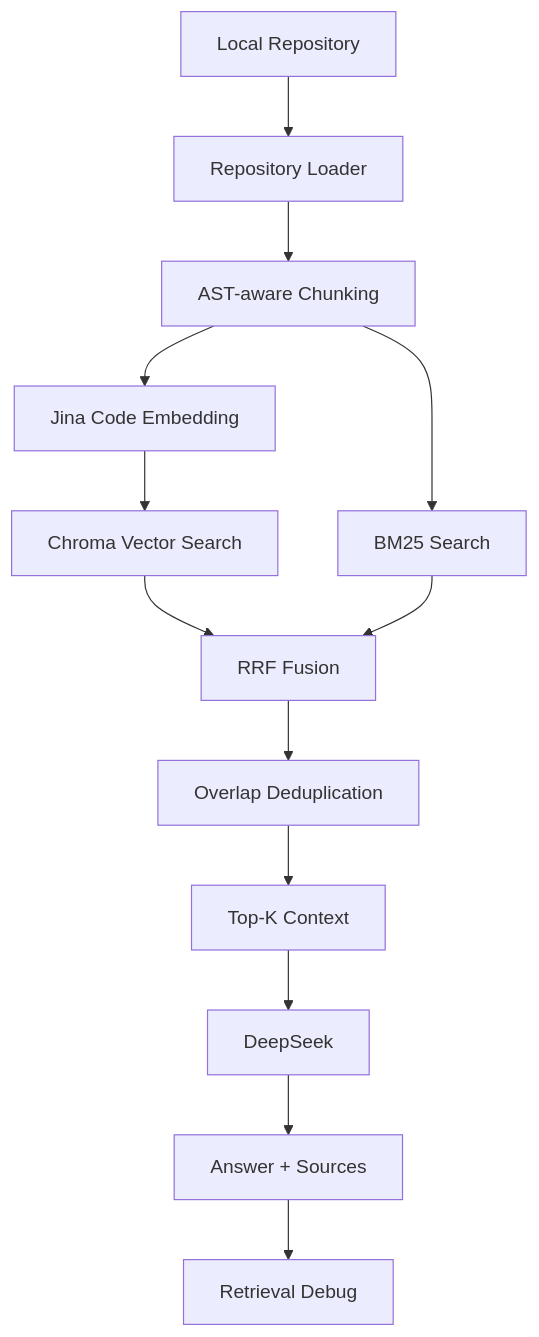
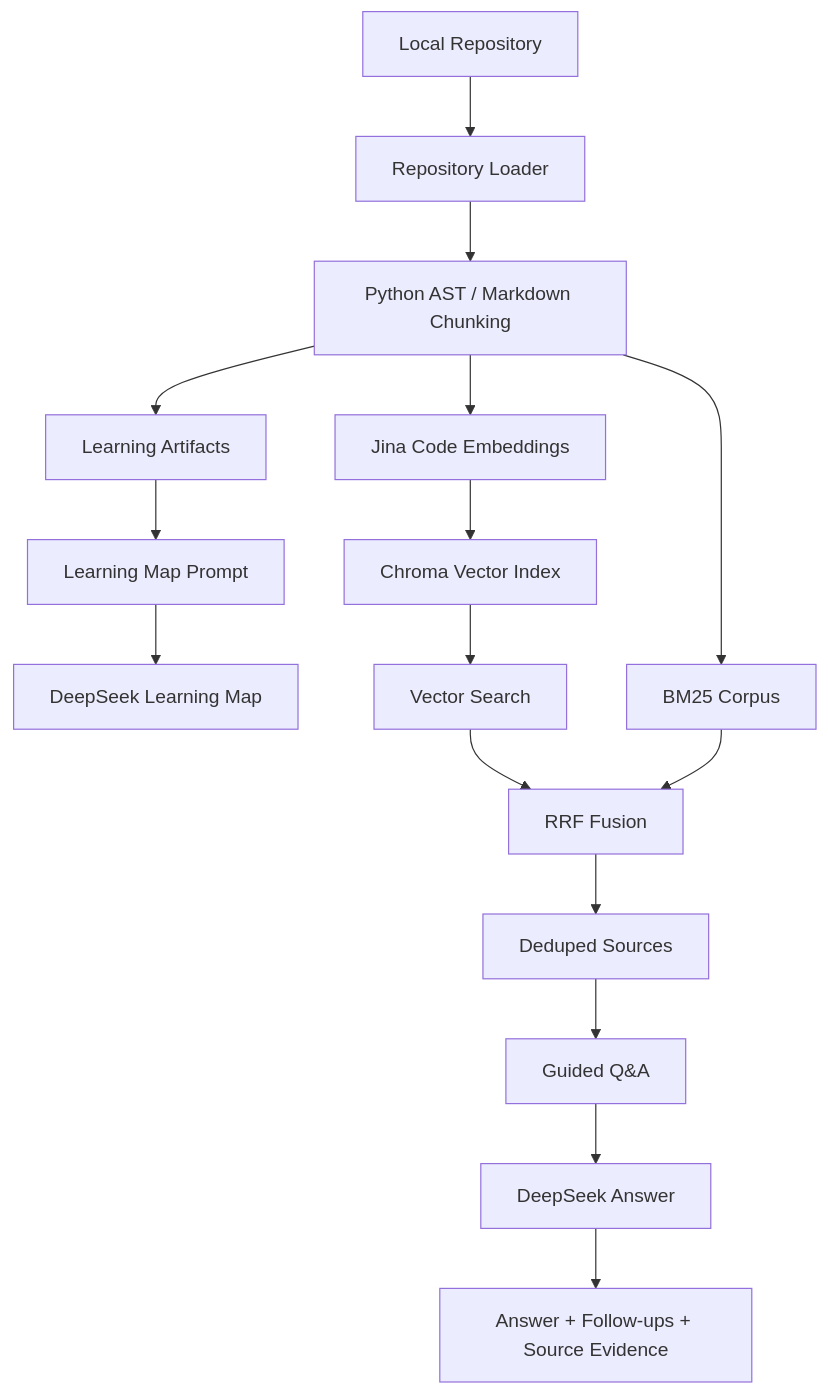
One commit to nancy-summer55/RepoMind changed the diagram in README.md. Above: the diagram before and after it, drawn with Mermaid. The commit also changed other lines of this file and 43 other files, not shown here.

Commit message:
feat: add guided learning workflow and evaluation suite

````diff
--- a/README.md
+++ b/README.md
@@ -50,15 +63,18 @@
 ```mermaid
 flowchart TD
     A[Local Repository] --> B[Repository Loader]
-    B --> C[AST-aware Chunking]
-    C --> D[Jina Code Embedding]
-    D --> E[Chroma Vector Search]
-    C --> F[BM25 Search]
-    E --> G[RRF Fusion]
-    F --> G
-    G --> H[Overlap Deduplication]
-    H --> I[Top-K Context]
-    I --> J[DeepSeek]
-    J --> K[Answer + Sources]
-    K --> L[Retrieval Debug]
+    B --> C[Python AST / Markdown Chunking]
+    C --> D[Jina Code Embeddings]
+    D --> E[Chroma Vector Index]
+    C --> F[Learning Artifacts]
+    F --> G[Learning Map Prompt]
+    G --> H[DeepSeek Learning Map]
+    E --> I[Vector Search]
+    C --> J[BM25 Corpus]
+    I --> K[RRF Fusion]
+    J --> K
+    K --> L[Deduped Sources]
+    L --> M[Guided Q&A]
+    M --> N[DeepSeek Answer]
+    N --> O[Answer + Follow-ups + Source Evidence]
 ```
````
